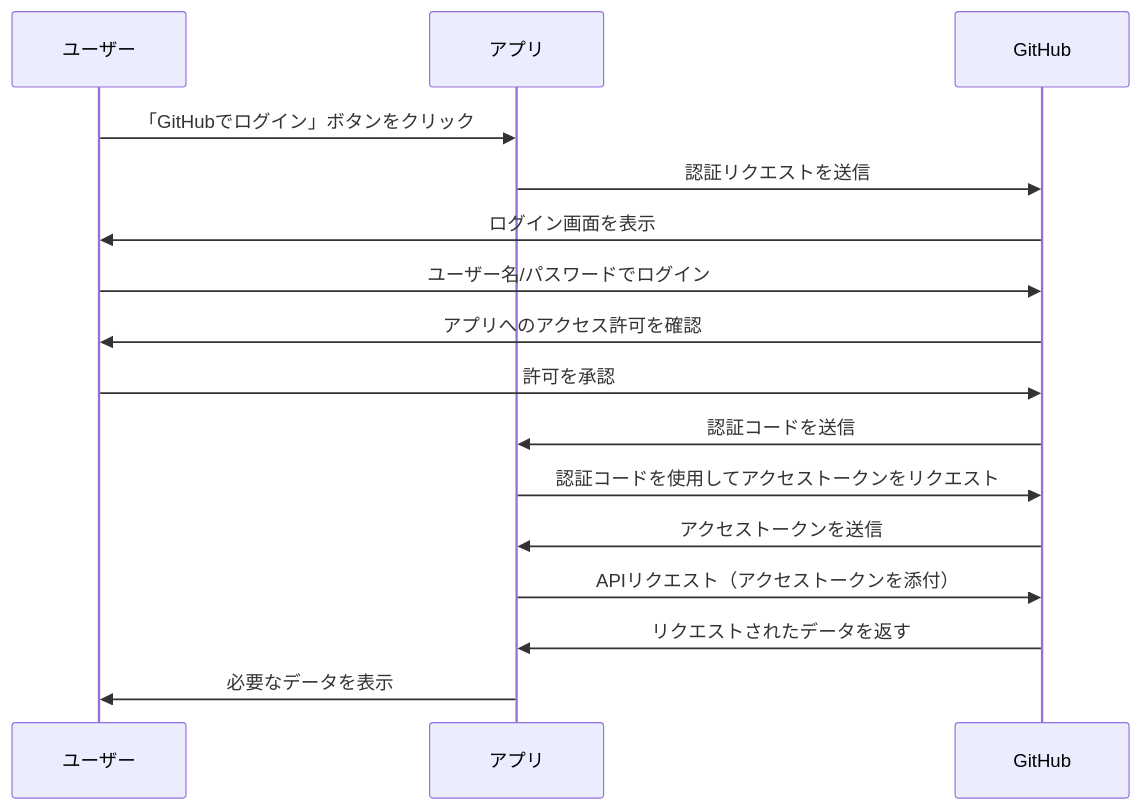
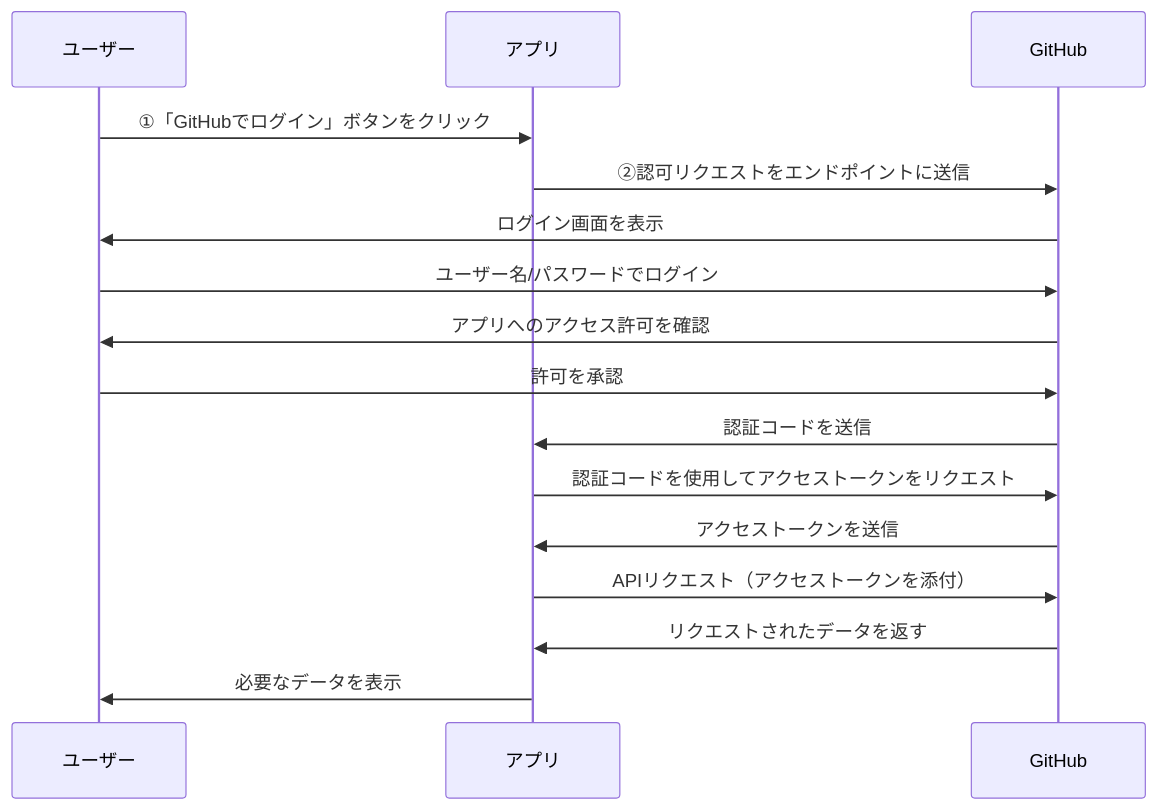
Before and after one commit to otaki0413/zenn-connects: the first of 2 diagrams in articles/oauth-and-social-auth.md, drawn with Mermaid. The commit also changed other lines of this file, not shown here.

````diff
--- a/articles/oauth-and-social-auth.md
+++ b/articles/oauth-and-social-auth.md
@@ -56,19 +60,19 @@
 ```mermaid
 sequenceDiagram
     participant User as ユーザー
     participant App as アプリ
     participant GitHub as GitHub
 
-    User->>App: 「GitHubでログイン」ボタンをクリック
-    App->>GitHub: 認証リクエストを送信
+    User->>App: ①「GitHubでログイン」ボタンをクリック
+    App->>GitHub: ②認可リクエストをエンドポイントに送信
     GitHub->>User: ログイン画面を表示
     User->>GitHub: ユーザー名/パスワードでログイン
     GitHub->>User: アプリへのアクセス許可を確認
     User->>GitHub: 許可を承認
     GitHub->>App: 認証コードを送信
     App->>GitHub: 認証コードを使用してアクセストークンをリクエスト
     GitHub->>App: アクセストークンを送信
     App->>GitHub: APIリクエスト（アクセストークンを添付）
     GitHub->>App: リクエストされたデータを返す
     App->>User: 必要なデータを表示
 ```
````
